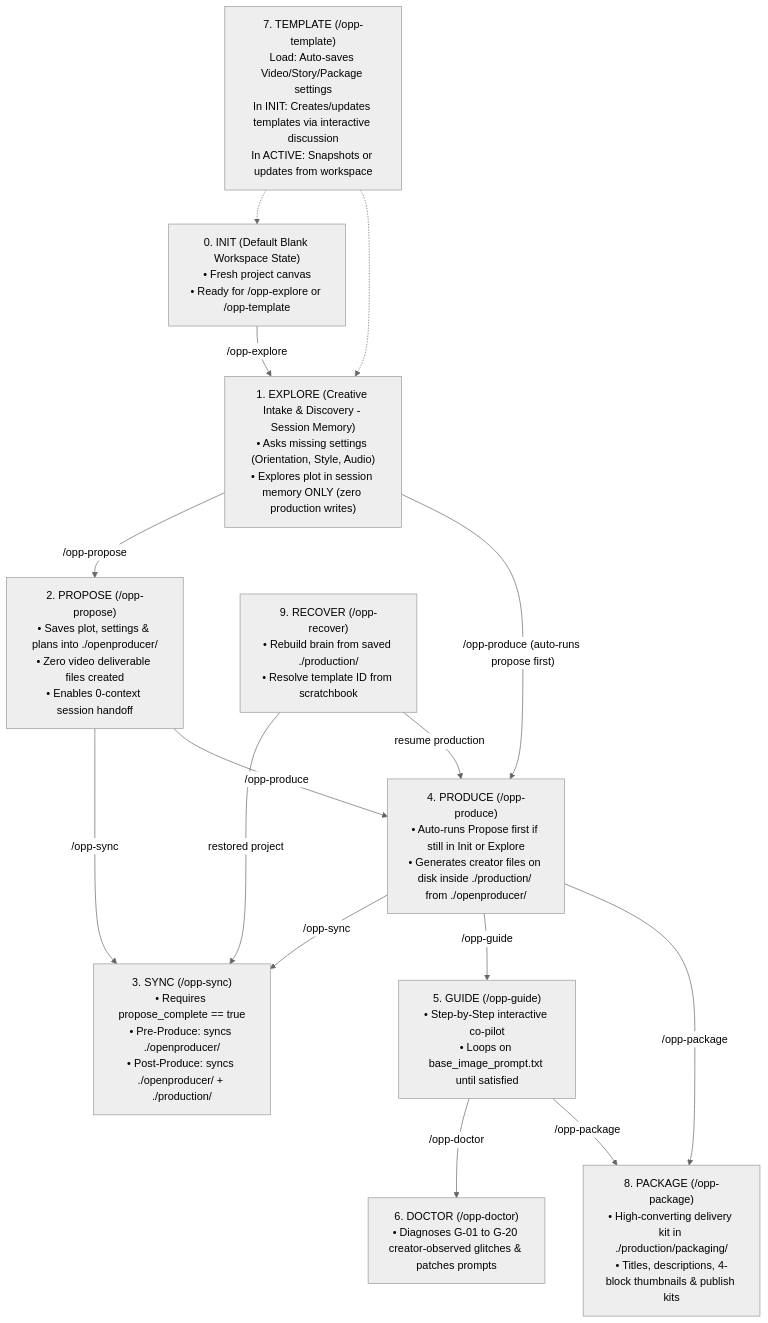
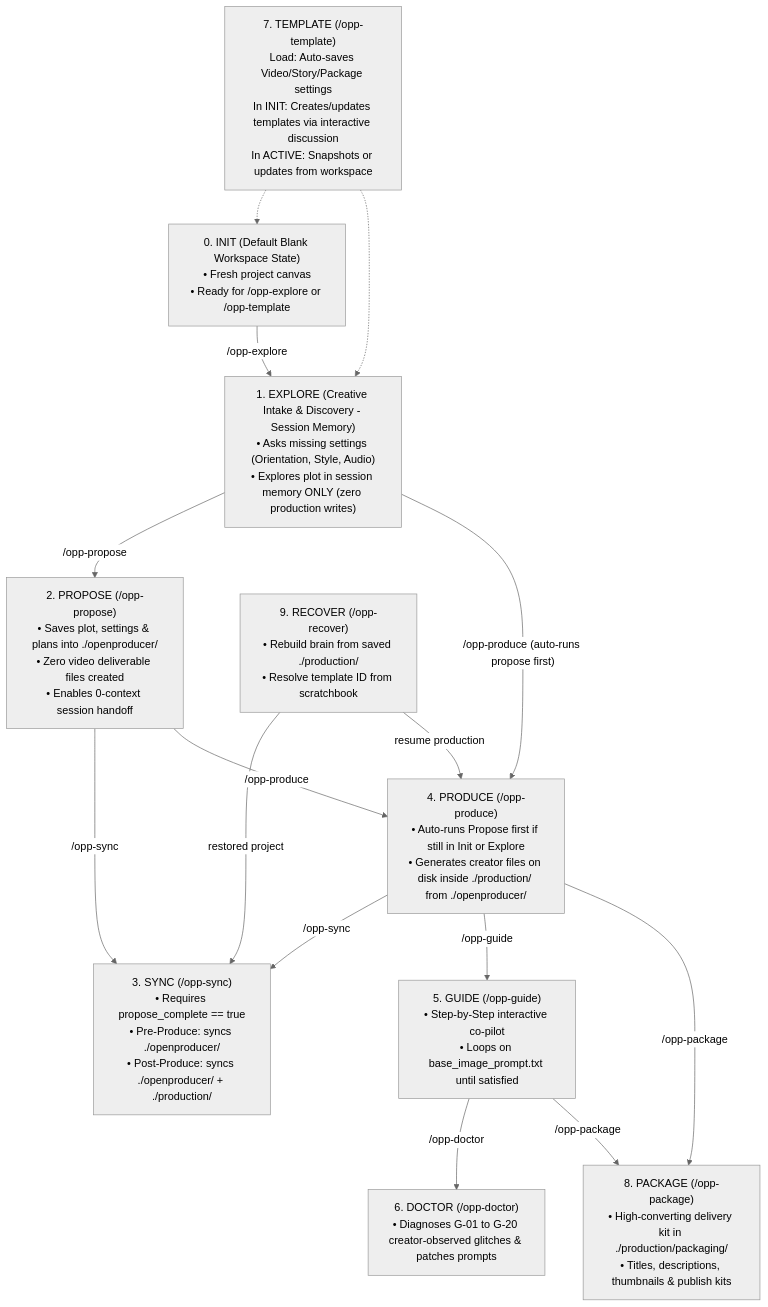
One commit to TheProjectsX/openproducer changed the diagram in production_template/AGENTS.md. Above: the diagram before and after it, drawn with Mermaid (neutral theme). The commit also changed other lines of this file and 52 other files, not shown here.

````diff
--- a/production_template/AGENTS.md
+++ b/production_template/AGENTS.md
@@ -159,27 +159,27 @@
 ```mermaid
 flowchart TD
     I["0. INIT (Default Blank Workspace State)<br/>• Fresh project canvas<br/>• Ready for /opp-explore or /opp-template"]
     T["7. TEMPLATE (/opp-template)<br/>Load: Auto-saves Video/Story/Package settings<br/>In INIT: Creates/updates templates via interactive discussion<br/>In ACTIVE: Snapshots or updates from workspace"] -.-> I
     T -.-> E
     I -->|"/opp-explore"| E
     E["1. EXPLORE (Creative Intake & Discovery - Session Memory)<br/>• Asks missing settings (Orientation, Style, Audio)<br/>• Explores plot in session memory ONLY (zero production writes)"]
     P["2. PROPOSE (/opp-propose)<br/>• Saves plot, settings & plans into ./openproducer/<br/>• Zero video deliverable files created<br/>• Enables 0-context session handoff"]
     S["3. SYNC (/opp-sync)<br/>• Requires propose_complete == true<br/>• Pre-Produce: syncs ./openproducer/<br/>• Post-Produce: syncs ./openproducer/ + ./production/"]
     PR["4. PRODUCE (/opp-produce)<br/>• Auto-runs Propose first if still in Init or Explore<br/>• Generates creator files on disk inside ./production/ from ./openproducer/"]
     G["5. GUIDE (/opp-guide)<br/>• Step-by-Step interactive co-pilot<br/>• Loops on base_image_prompt.txt until satisfied"]
     D["6. DOCTOR (/opp-doctor)<br/>• Diagnoses G-01 to G-20 creator-observed glitches & patches prompts"]
-    PKG["8. PACKAGE (/opp-package)<br/>• High-converting delivery kit in ./production/packaging/<br/>• Titles, descriptions, 4-block thumbnails & publish kits"]
+    PKG["8. PACKAGE (/opp-package)<br/>• High-converting delivery kit in ./production/packaging/<br/>• Titles, descriptions, thumbnails & publish kits"]
     R["9. RECOVER (/opp-recover)<br/>• Rebuild brain from saved ./production/<br/>• Resolve template ID from scratchbook"]
 
     E -->|"/opp-propose"| P
     E -->|"/opp-produce (auto-runs propose first)"| PR
     P -->|"/opp-sync"| S
     P -->|"/opp-produce"| PR
     PR -->|"/opp-sync"| S
     PR -->|"/opp-guide"| G
     G -->|"/opp-doctor"| D
     PR -->|"/opp-package"| PKG
     G -->|"/opp-package"| PKG
     R -->|"restored project"| S
     R -->|"resume production"| PR
 ```
````
